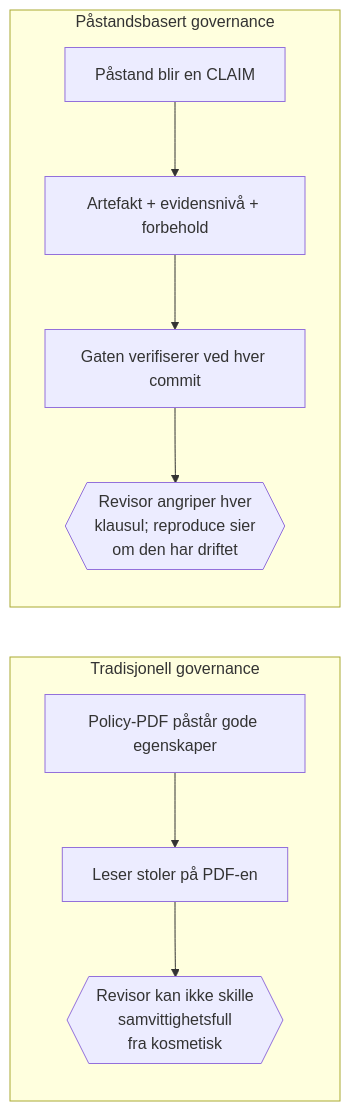
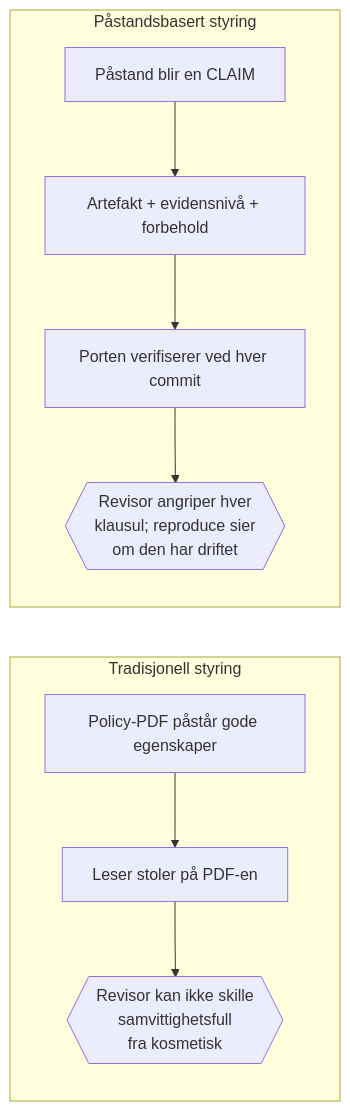
One commit to darklordVirtual/vericlaim changed the third of 20 diagrams in docs/governance/frontier-ai-governance-master_NO_nb.md. Above: the diagram before and after it, drawn with Mermaid. The commit also changed other lines of this file and 14 other files, not shown here.

````diff
--- a/docs/governance/frontier-ai-governance-master_NO_nb.md
+++ b/docs/governance/frontier-ai-governance-master_NO_nb.md
@@ -218,12 +218,12 @@
 ```mermaid
 flowchart LR
-    subgraph Trad["Tradisjonell governance"]
+    subgraph Trad["Tradisjonell styring"]
         P1[Policy-PDF påstår gode egenskaper] --> P2[Leser stoler på PDF-en]
         P2 --> P3{{Revisor kan ikke skille<br/>samvittighetsfull<br/>fra kosmetisk}}
     end
-    subgraph Claim["Påstandsbasert governance"]
+    subgraph Claim["Påstandsbasert styring"]
         C1[Påstand blir en CLAIM] --> C2[Artefakt + evidensnivå + forbehold]
-        C2 --> C3[Gaten verifiserer ved hver commit]
+        C2 --> C3[Porten verifiserer ved hver commit]
         C3 --> C4{{Revisor angriper hver<br/>klausul; reproduce sier<br/>om den har driftet}}
     end
 ```
````
